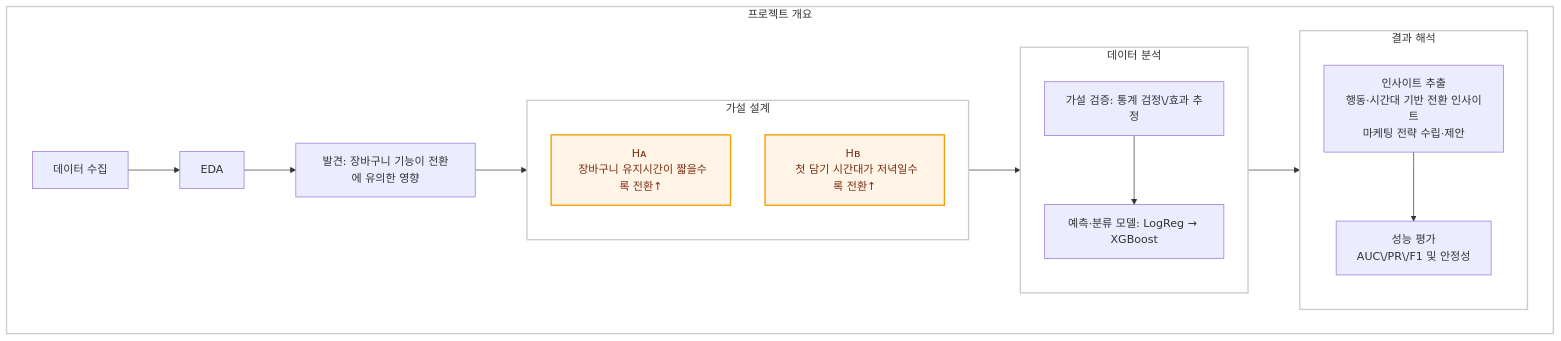
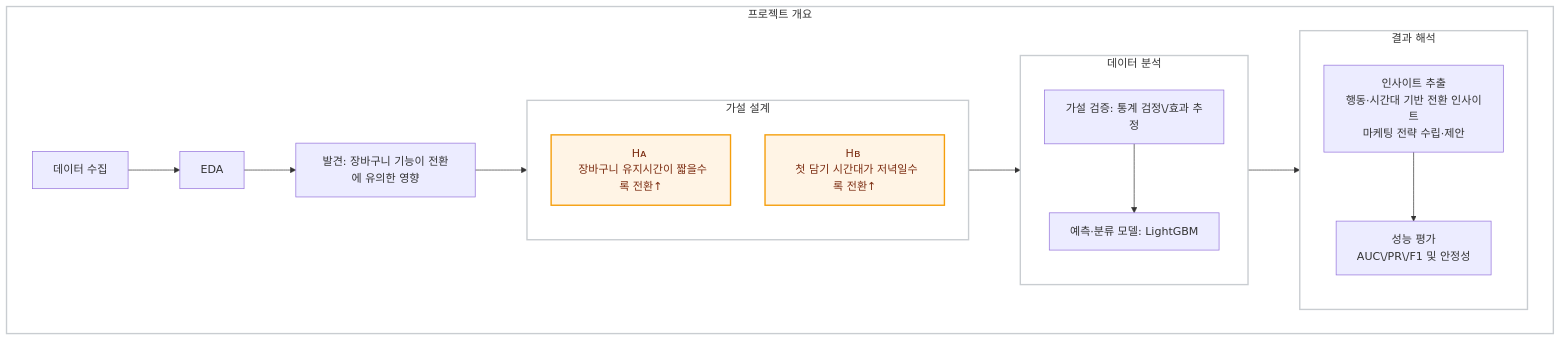
The diagram in README.md (sbinhigher/ecommerce_cart_hypothesis), drawn with Mermaid before and after one commit.

````diff
--- a/README.md
+++ b/README.md
@@ -18,69 +18,69 @@
 ```mermaid
 %%{init: {
   "theme": "base",
   "themeVariables": {
     "fontSize": "16px"                 /* 전체 기본 글자 크기 상향 */
   },
   "themeCSS": "
     /* 일반 노드/엣지 라벨 사이즈 상향 */
     .nodeLabel{ font-size:20px; }
     .edgeLabel{ font-size:18px; }
 
     /* 모든 서브그래프(클러스터) 타이틀 볼드 & 크기 상향 */
     .cluster-label{ font-weight:700; font-size:18px; }
 
     /* 파이프라인(PIPELINE) 타이틀만 더 크게/더 볼드
        - 대부분의 렌더러는 cluster_<id> 형태의 id를 가짐 */
     #cluster_PIPELINE .cluster-label{ font-size:22px; font-weight:800; }
     /* 혹시 위 셀렉터가 안 먹는 경우 대비(대체 셀렉터들) */
     g#PIPELINE .cluster-label{ font-size:22px; font-weight:800; }
     g[id='cluster_PIPELINE'] .cluster-label{ font-size:22px; font-weight:800; }
   "
 }}%%
 
 flowchart LR
   %% ====== 바깥 큰 상자(컨테이너) ======
   subgraph PIPELINE[프로젝트 개요]
     direction LR
 
     %% 메인 플로우
     A[데이터 수집] --> B[EDA]
     B --> D[발견: 장바구니 기능이 전환에 유의한 영향]
 
     %% 분기
     D --> H
     H --> G
 		G --> I
 
     %% 데이터 분석 서브그래프(큰 상자 내부의 작은 상자)
     subgraph H[가설 설계]
       direction TB
       H1[Hᴀ </br> 장바구니 유지시간이 짧을수록 전환↑]:::hypo
       H2[Hʙ </br> 첫 담기 시간대가 저녁일수록 전환↑]:::hypo
     end
 
 	subgraph G[데이터 분석]
 		direction TB
 		G1[가설 검증: 통계 검정\/효과 추정]
-		G2[예측·분류 모델: LogReg → XGBoost]
+		G2[예측·분류 모델: LightGBM]
 		G1 --> G2
 	end
 	
 	subgraph I[결과 해석]
 	direction TB
 		I1[인사이트 추출<br/>행동·시간대 기반 전환 인사이트<br/>마케팅 전략 수립·제안]
 		I2[성능 평가<br/>AUC\/PR\/F1 및 안정성]
 		I1 --> I2
 	end
 	
   end
 
   %% 스타일
   classDef hypo fill:#FFF4E5,stroke:#F59E0B,stroke-width:2px,color:#7C2D12;
   classDef muted fill:#fafafa,stroke:#d8d8d8,color:#7a7a7a,stroke-dasharray:4 3;
   style PIPELINE fill:#FFFFFF,stroke:#C9CDD1,stroke-width:2px;
   style H fill:#FFFFFF,stroke:#C9CDD1,stroke-width:2px;
   style G fill:#FFFFFF,stroke:#C9CDD1,stroke-width:2px;
   style I fill:#FFFFFF,stroke:#C9CDD1,stroke-width:2px;
 
 ```
````
